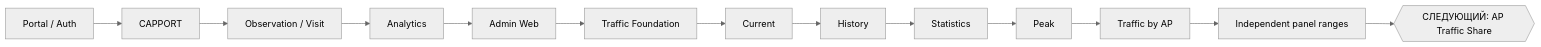
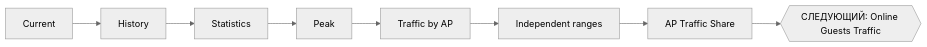
One commit to ZaurNavi/CaptivePortal changed the first of 18 diagrams in README_RU.md. Above: the diagram before and after it, drawn with Mermaid (neutral theme). The commit also changed other lines of this file and 11 other files, not shown here.

````diff
--- a/README_RU.md
+++ b/README_RU.md
@@ -55,15 +48,6 @@
 ```mermaid
 flowchart LR
-    A[Portal / Auth] --> B[CAPPORT]
-    B --> C[Observation / Visit]
-    C --> D[Analytics]
-    D --> E[Admin Web]
-    E --> T0[Traffic Foundation]
-    T0 --> T1[Current]
-    T1 --> T2[History]
-    T2 --> T3[Statistics]
-    T3 --> T4[Peak]
-    T4 --> T5[Traffic by AP]
-    T5 --> R[Independent panel ranges]
-    R --> T6{{СЛЕДУЮЩИЙ: AP Traffic Share}}
+    T1[Current] --> T2[History] --> T3[Statistics] --> T4[Peak] --> T5[Traffic by AP]
+    T5 --> R[Independent ranges] --> T6[AP Traffic Share]
+    T6 --> T7{{СЛЕДУЮЩИЙ: Online Guests Traffic}}
 ```
````
